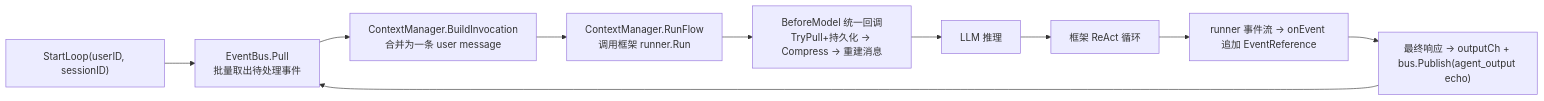
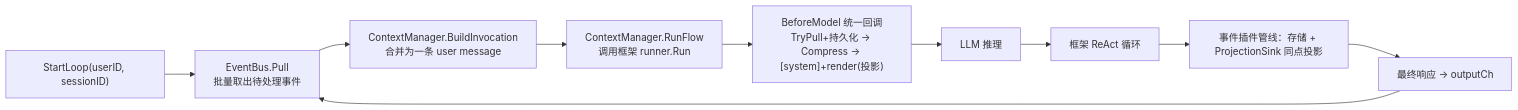
Before and after one commit to SpellingDragon/tagent: the fifth of 10 diagrams in README.md, drawn with Mermaid. The commit also changed other lines of this file, not shown here.

First line of the commit message:
docs(readme): align design philosophy with unified event projection

````diff
--- a/README.md
+++ b/README.md
@@ -184,12 +199,12 @@
 ```mermaid
 graph LR
     START["StartLoop(userID, sessionID)"] --> PULL["EventBus.Pull<br/>批量取出待处理事件"]
     PULL --> BUILD["ContextManager.BuildInvocation<br/>合并为一条 user message"]
     BUILD --> RUN["ContextManager.RunFlow<br/>调用框架 runner.Run"]
-    RUN --> BM["BeforeModel 统一回调<br/>TryPull+持久化 → Compress → 重建消息"]
+    RUN --> BM["BeforeModel 统一回调<br/>TryPull+持久化 → Compress → [system]+render(投影)"]
     BM --> LLM["LLM 推理"]
     LLM --> LOOP["框架 ReAct 循环"]
-    LOOP --> ONEVT["runner 事件流 → onEvent 追加 EventReference"]
-    ONEVT --> OUT["最终响应 → outputCh + bus.Publish(agent_output echo)"]
+    LOOP --> PIPE["事件插件管线：存储 + ProjectionSink 同点投影"]
+    PIPE --> OUT["最终响应 → outputCh"]
     OUT --> PULL
 ```
````
